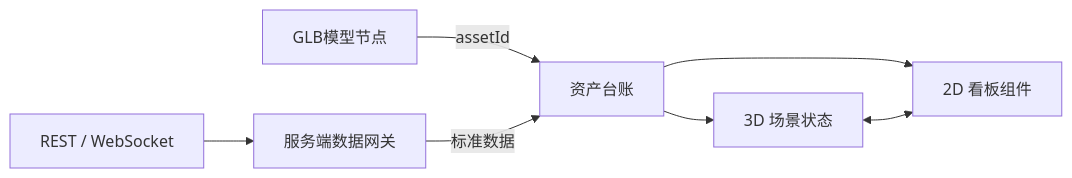
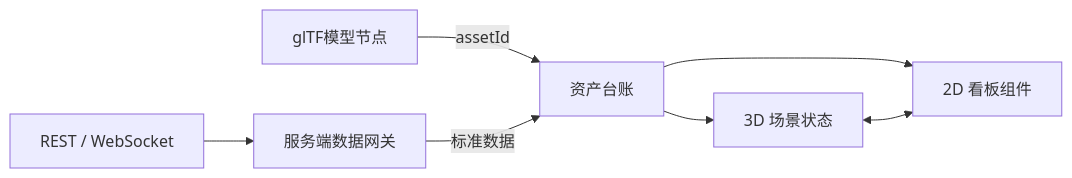
The diagram in 工厂数字孪生平台-启动准备与首期方案.md (NoahWorld/factory-digital-twin-platform), drawn with Mermaid before and after one commit. The commit also changed other lines of this file and 28 other files, not shown here.

````diff
--- a/工厂数字孪生平台-启动准备与首期方案.md
+++ b/工厂数字孪生平台-启动准备与首期方案.md
@@ -34,9 +34,9 @@
 ```mermaid
 flowchart LR
-  A[GLB模型节点] -->|assetId| D[资产台账]
+  A[glTF模型节点] -->|assetId| D[资产台账]
   B[REST / WebSocket] --> C[服务端数据网关]
   C -->|标准数据| D
   D --> E[3D 场景状态]
   D --> F[2D 看板组件]
   E <--> F
 ```
````
